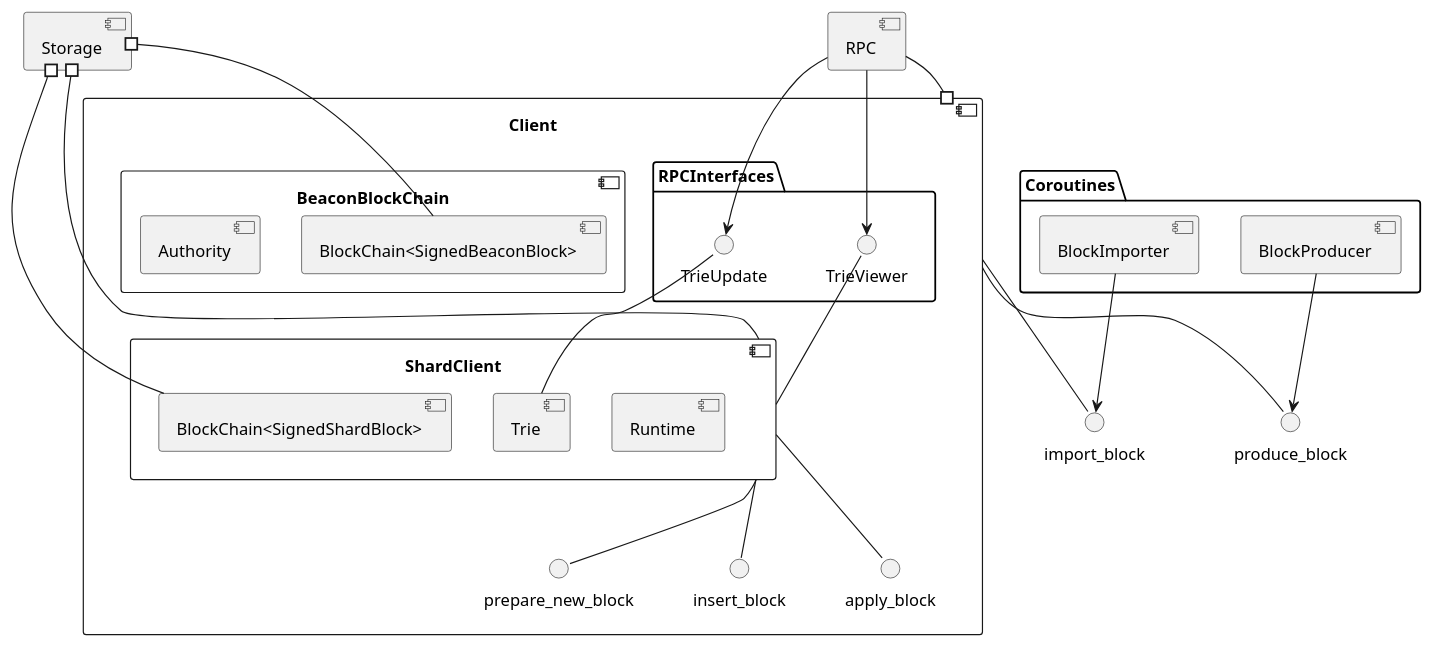
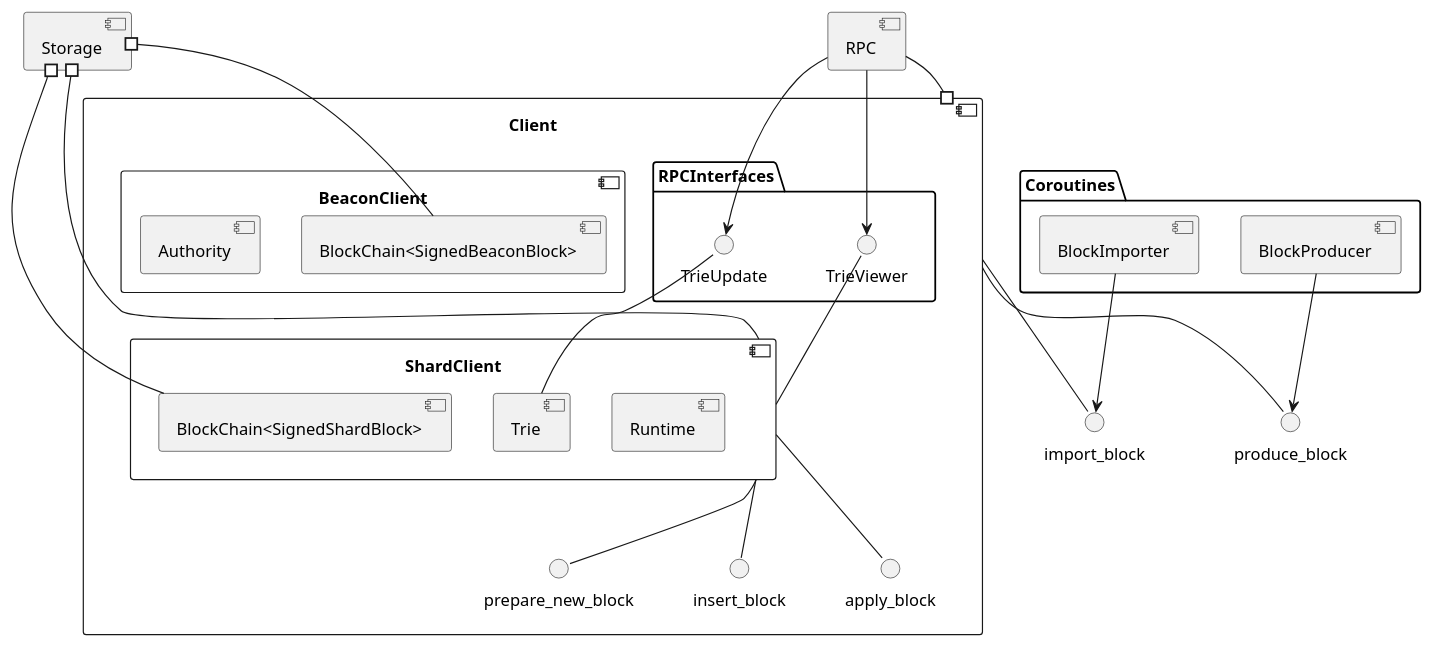
The diagram in node/client/docs/client.puml (near/nearcore), drawn with PlantUML before and after one commit. The commit also changed 5 other files, not shown here.

Commit message:
Rename BeaconBlockChain to BeaconClient

```diff
--- a/node/client/docs/client.puml
+++ b/node/client/docs/client.puml
@@ -1,48 +1,48 @@
 @startuml
 
 ' Use PlantUML plugin to view: https://plugins.jetbrains.com/plugin/7017-plantuml-integration
 ' See syntax here: http://plantuml.com/component-diagram
 
 [Storage]
 
 component Client {
-   component BeaconBlockChain {
+   component BeaconClient {
         [BlockChain<SignedBeaconBlock>] as BeaconChain
         [Authority]
         }
 
    component ShardClient {
      [Runtime]
      [Trie]
      [BlockChain<SignedShardBlock>] as ShardChain
    }
    ShardClient -- prepare_new_block
    ShardClient -- insert_block
    ShardClient -- apply_block
 
    package RPCInterfaces {
    TrieUpdate -- Trie
    TrieViewer -- ShardClient
    }
 }
 
 Client -- produce_block
 Client -- import_block
 
 Storage #-- ShardChain
 Storage #-- BeaconChain
 Storage #-- ShardClient
 
 
 package Coroutines {
     [BlockProducer] --> produce_block
     [BlockImporter] --> import_block
 }
 
 
 [RPC]
 RPC --> TrieViewer
 RPC --> TrieUpdate
 Client #-- RPC
 
 @enduml
```
